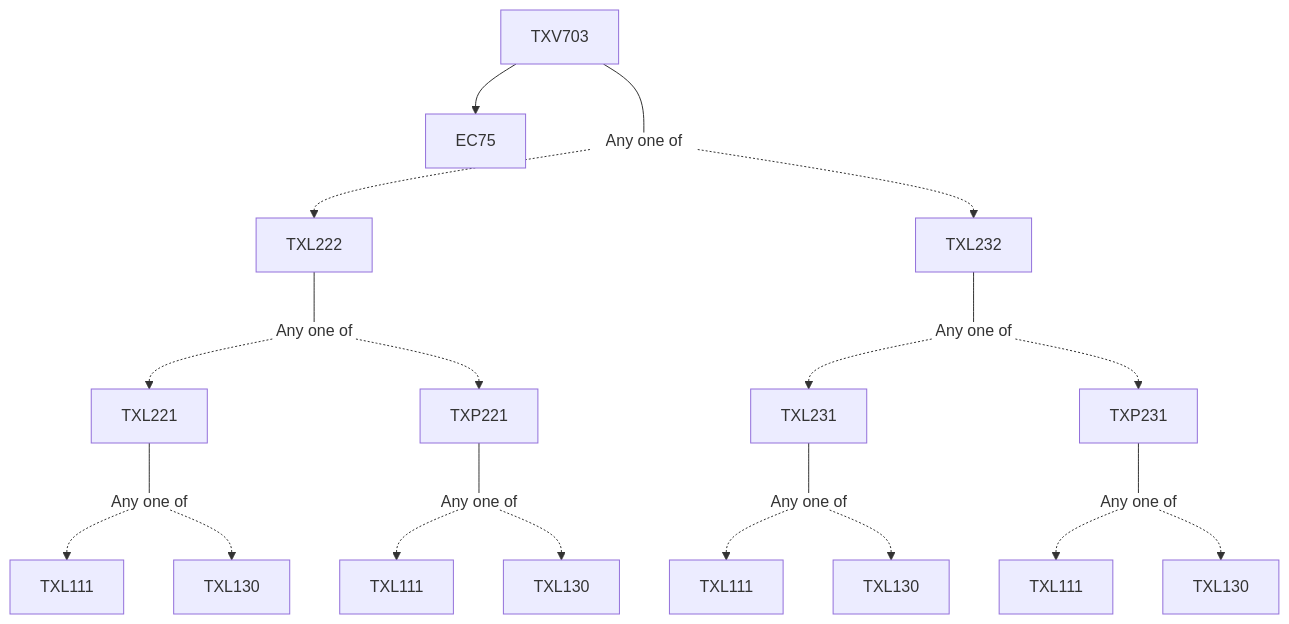
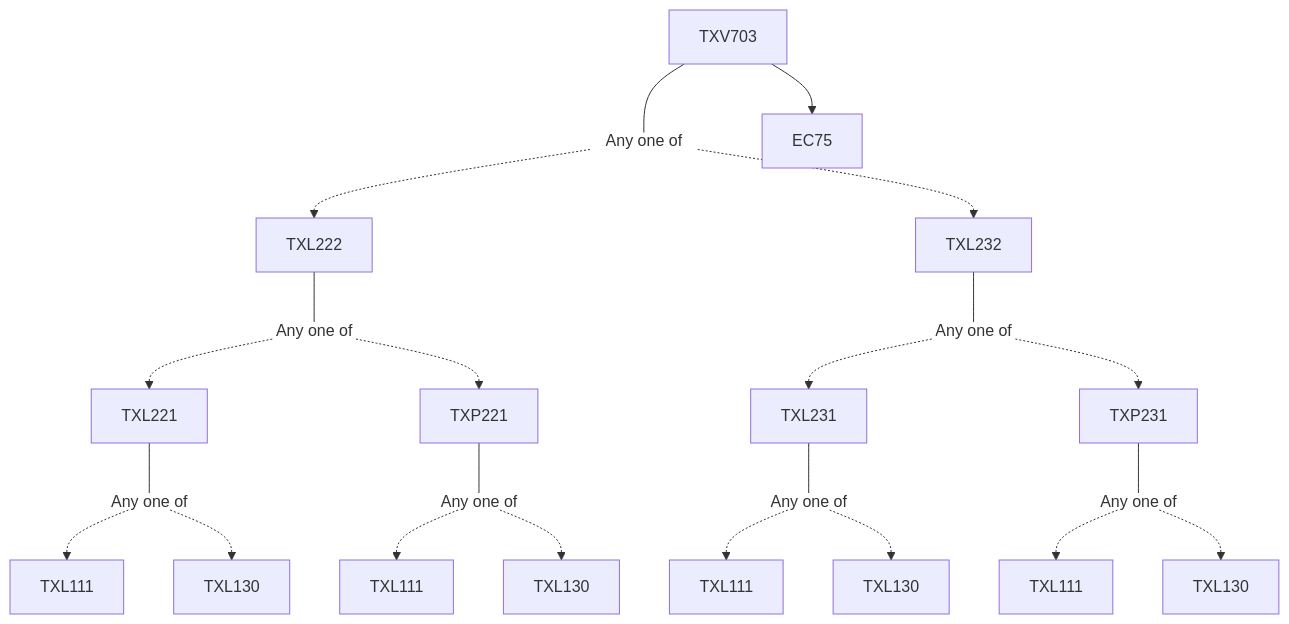
Before and after one commit to KeshavBansal0122/CoS_Website: the diagram in content/Textile and Fibre Engineering/TXV703.md, drawn with Mermaid. The commit also changed other lines of this file and 2667 other files, not shown here.

````diff
--- a/content/Textile and Fibre Engineering/TXV703.md
+++ b/content/Textile and Fibre Engineering/TXV703.md
@@ -15,29 +13,29 @@
 ```mermaid
 flowchart TD
-TXV703-784[TXV703]
-TXV703-784 --> EC75-784[EC75]
-TXV703-784 --- Or785[Any one of]:::empty
-TXL222-786 --- Or787[Any one of]:::empty
-TXL221-788 --- Or789[Any one of]:::empty
-Or789 -.-> TXL111-790[TXL111]
-Or789 -.-> TXL130-791[TXL130]
-Or787 -.-> TXL221-788[TXL221]
-Or787 -.-> TXP221-792[TXP221]
-TXP221-792 --- Or793[Any one of]:::empty
-Or793 -.-> TXL111-794[TXL111]
-Or793 -.-> TXL130-795[TXL130]
-Or785 -.-> TXL222-786[TXL222]
-Or785 -.-> TXL232-796[TXL232]
-TXL232-796 --- Or797[Any one of]:::empty
-Or797 -.-> TXL231-798[TXL231]
-TXL231-798 --- Or799[Any one of]:::empty
-Or799 -.-> TXL111-800[TXL111]
-Or799 -.-> TXL130-801[TXL130]
-Or797 -.-> TXP231-802[TXP231]
-TXP231-802 --- Or803[Any one of]:::empty
-Or803 -.-> TXL111-804[TXL111]
-Or803 -.-> TXL130-805[TXL130]
+TXV703-2018[TXV703]
+TXV703-2018 --- Or2019[Any one of]:::empty
+TXL222-2020 --- Or2021[Any one of]:::empty
+TXL221-2022 --- Or2023[Any one of]:::empty
+Or2023 -.-> TXL111-2024[TXL111]
+Or2023 -.-> TXL130-2025[TXL130]
+Or2021 -.-> TXL221-2022[TXL221]
+Or2021 -.-> TXP221-2026[TXP221]
+TXP221-2026 --- Or2027[Any one of]:::empty
+Or2027 -.-> TXL111-2028[TXL111]
+Or2027 -.-> TXL130-2029[TXL130]
+Or2019 -.-> TXL222-2020[TXL222]
+Or2019 -.-> TXL232-2030[TXL232]
+TXL232-2030 --- Or2031[Any one of]:::empty
+TXL231-2032 --- Or2033[Any one of]:::empty
+Or2033 -.-> TXL111-2034[TXL111]
+Or2033 -.-> TXL130-2035[TXL130]
+Or2031 -.-> TXL231-2032[TXL231]
+Or2031 -.-> TXP231-2036[TXP231]
+TXP231-2036 --- Or2037[Any one of]:::empty
+Or2037 -.-> TXL111-2038[TXL111]
+Or2037 -.-> TXL130-2039[TXL130]
+TXV703-2018 --> EC75-2018[EC75]
 
 classDef empty height:17px, fill:transparent, stroke:transparent;
 classDef trueEmpty height:0px, width:0px;
 ```
````
